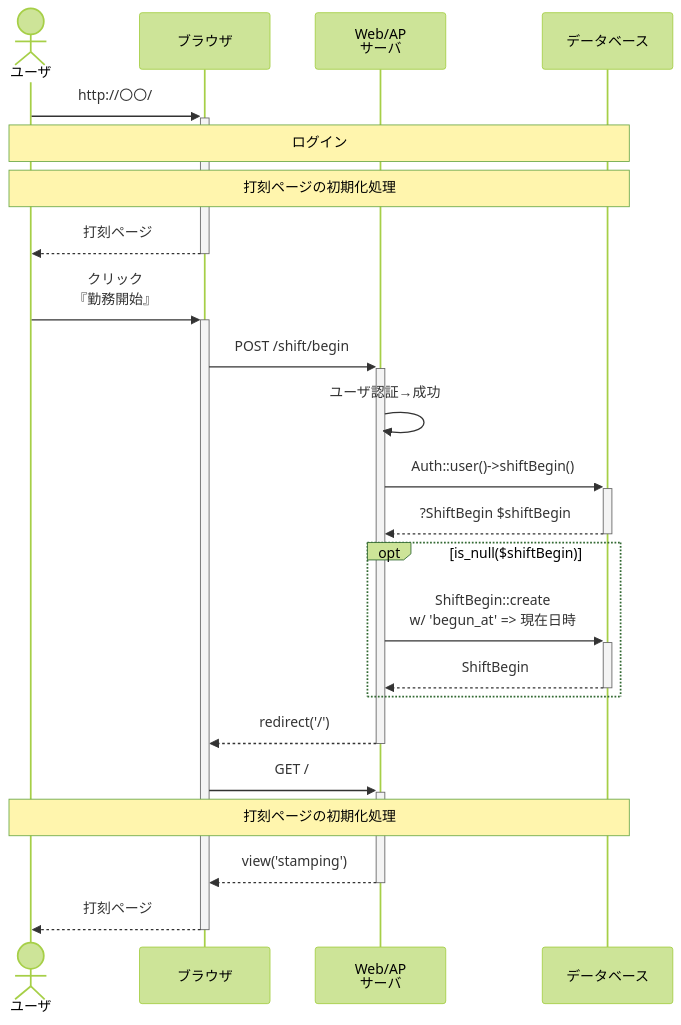
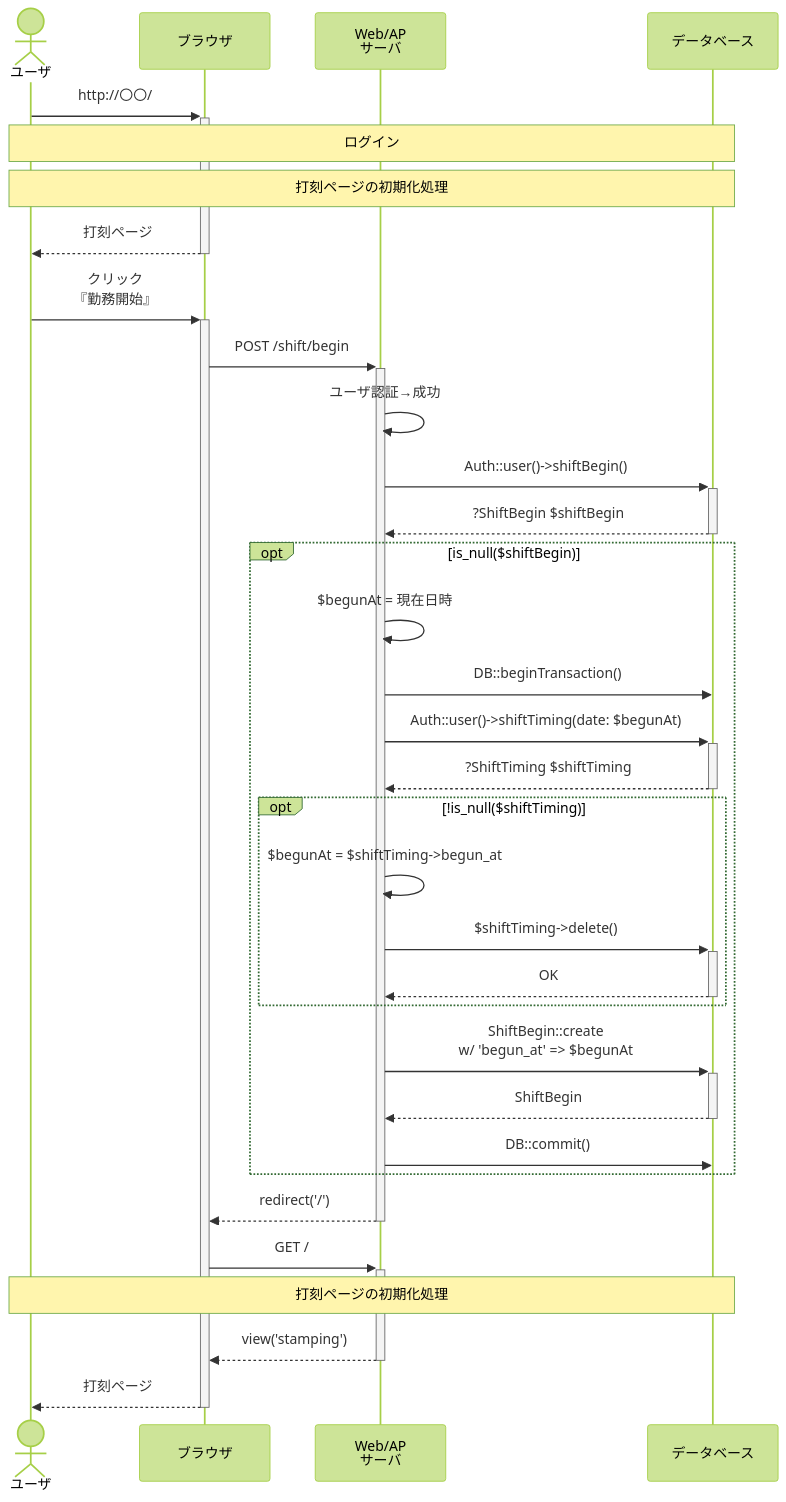
One commit to ryamao/atte changed the diagram in doc/シーケンス図/勤務開始.md. Above: the diagram before and after it, drawn with Mermaid (forest theme). The commit also changed 3 other files, not shown here.

````diff
--- a/doc/シーケンス図/勤務開始.md
+++ b/doc/シーケンス図/勤務開始.md
@@ -3,27 +3,38 @@
 ```mermaid
 sequenceDiagram
   actor U as ユーザ
   participant B as ブラウザ
   participant A as Web/AP<br>サーバ
   participant D as データベース
 
   U ->>+ B : http://〇〇/
   note over U, D : ログイン
   note over U, D : 打刻ページの初期化処理
   B -->>- U : 打刻ページ
-
   U ->>+ B : クリック<br>『勤務開始』
   B ->>+ A : POST /shift/begin
   A ->> A : ユーザ認証→成功
+
   A ->>+ D : Auth::user()->shiftBegin()
   D -->>- A : ?ShiftBegin $shiftBegin
   opt is_null($shiftBegin)
-    A ->>+ D : ShiftBegin::create<br>w/ 'begun_at' => 現在日時
+    A ->> A : $begunAt = 現在日時
+    A ->> D : DB::beginTransaction()
+    A ->>+ D : Auth::user()->shiftTiming(date: $begunAt)
+    D -->>- A : ?ShiftTiming $shiftTiming
+    opt !is_null($shiftTiming)
+      A ->> A : $begunAt = $shiftTiming->begun_at
+      A ->>+ D : $shiftTiming->delete()
+      D -->>- A : OK
+    end
+    A ->>+ D : ShiftBegin::create<br>w/ 'begun_at' => $begunAt
     D -->>- A : ShiftBegin
+    A ->> D : DB::commit()
   end
+
   A -->>- B : redirect('/')
   B ->>+ A : GET /
   note over U, D : 打刻ページの初期化処理
   A -->>- B : view('stamping')
   B -->>- U : 打刻ページ
 ```
````
